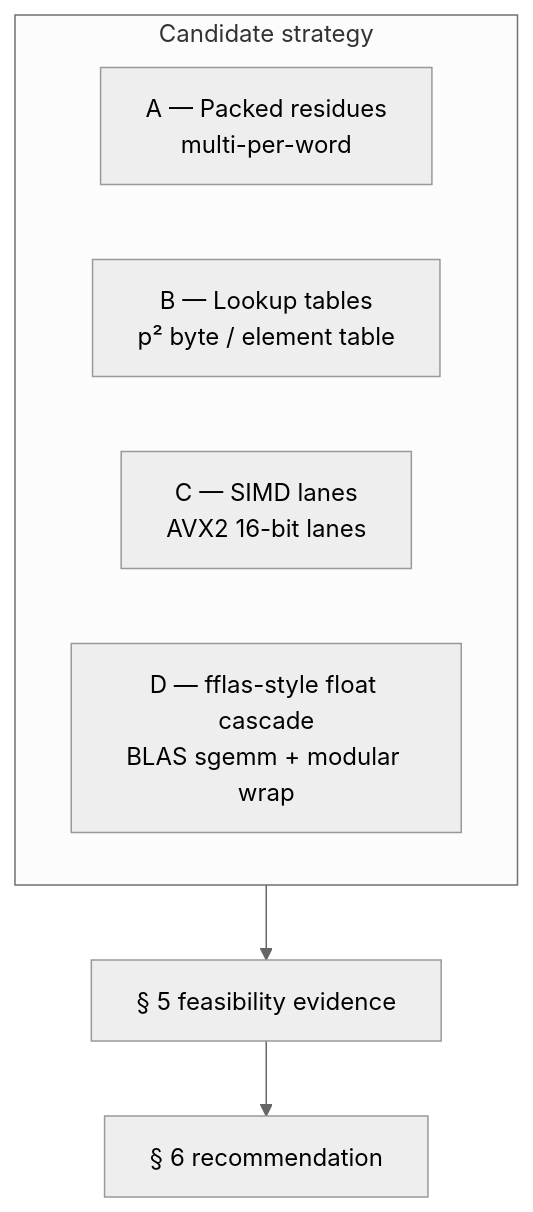
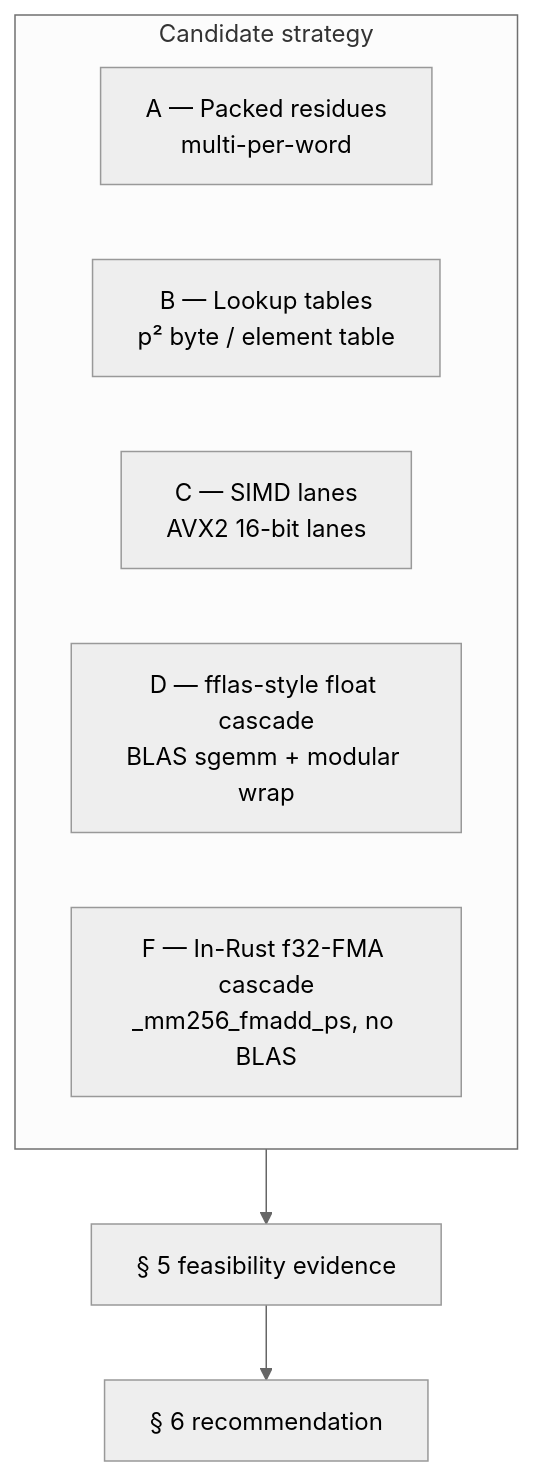
The third of 4 diagrams in dev/plans/small_prime_kernel_strategy.md (erankavija/gf2), drawn with Mermaid (neutral theme) before and after one commit. The commit also changed other lines of this file, not shown here.

````diff
--- a/dev/plans/small_prime_kernel_strategy.md
+++ b/dev/plans/small_prime_kernel_strategy.md
@@ -137,11 +155,12 @@
 ```mermaid
 flowchart TB
     subgraph cand[Candidate strategy]
         A[A — Packed residues<br/>multi-per-word]
         B[B — Lookup tables<br/>p² byte / element table]
         C[C — SIMD lanes<br/>AVX2 16-bit lanes]
         D[D — fflas-style float cascade<br/>BLAS sgemm + modular wrap]
+        F[F — In-Rust f32-FMA cascade<br/>_mm256_fmadd_ps, no BLAS]
     end
     cand --> compare[§ 5 feasibility evidence]
     compare --> rec[§ 6 recommendation]
 ```
````
